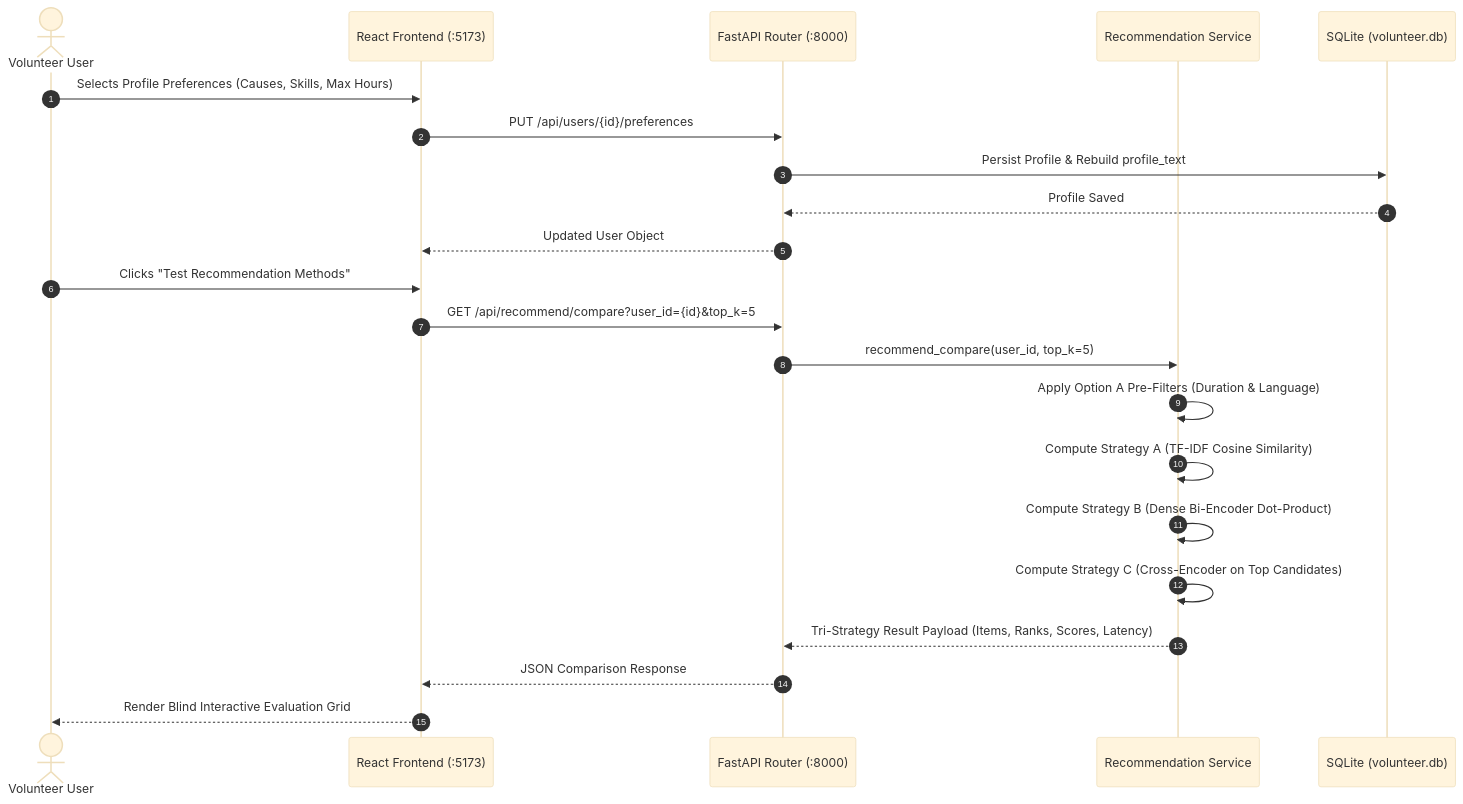
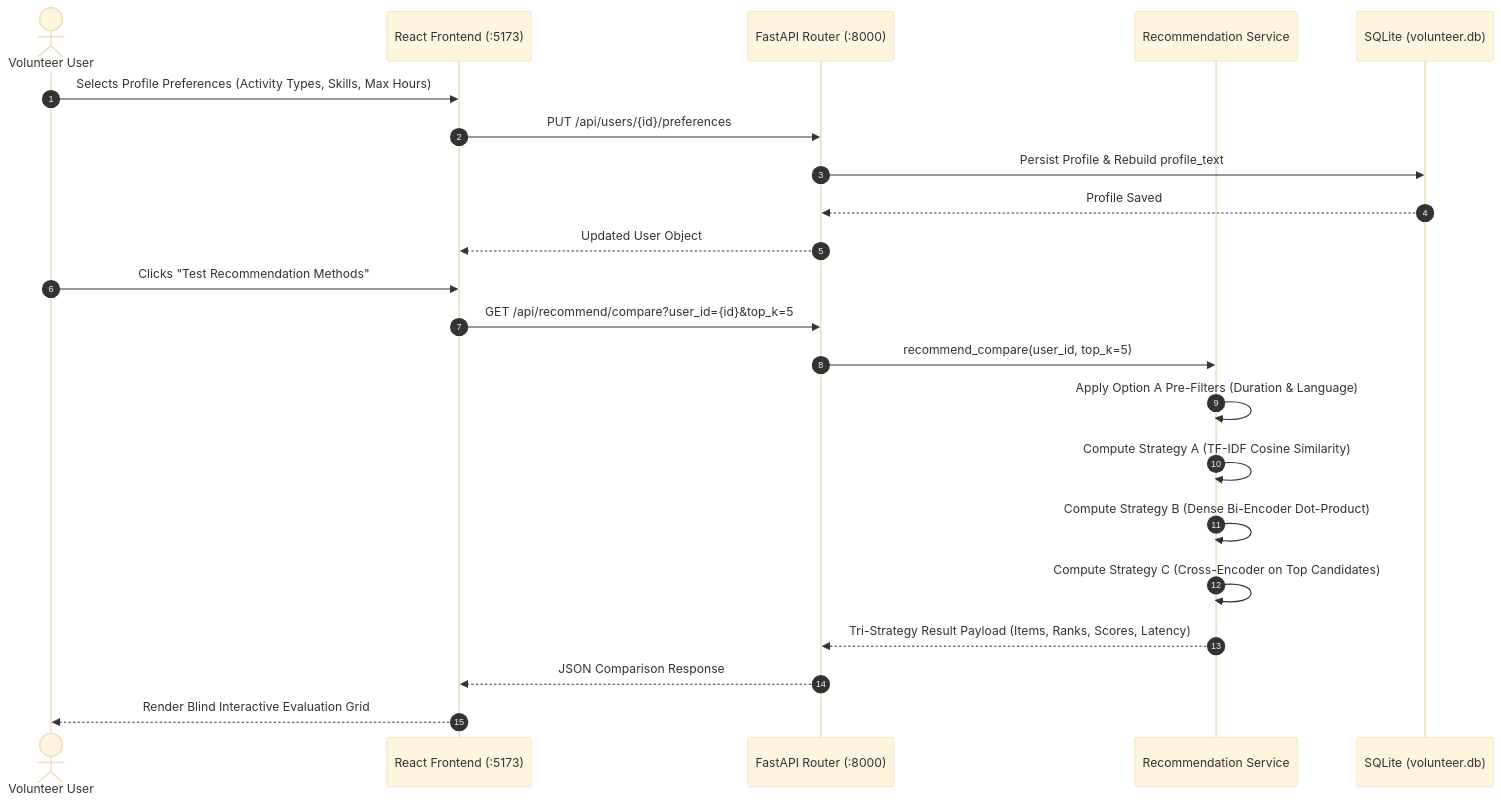
The second of 4 diagrams in CSIT5210_Group1_Final_Report.md (Bob8259/CSIT-5210-Group-Project), drawn with Mermaid (base theme) before and after one commit. The commit also changed other lines of this file, not shown here.

Commit message:
Standardize terminology from preferred causes to preferred activity types across final report

````diff
--- a/CSIT5210_Group1_Final_Report.md
+++ b/CSIT5210_Group1_Final_Report.md
@@ -136,26 +136,26 @@
 ```mermaid
 sequenceDiagram
     autonumber
     actor Volunteer as Volunteer User
     participant UI as React Frontend (:5173)
     participant API as FastAPI Router (:8000)
     participant RecSys as Recommendation Service
     participant DB as SQLite (volunteer.db)
 
-    Volunteer->>UI: Selects Profile Preferences (Causes, Skills, Max Hours)
+    Volunteer->>UI: Selects Profile Preferences (Activity Types, Skills, Max Hours)
     UI->>API: PUT /api/users/{id}/preferences
     API->>DB: Persist Profile & Rebuild profile_text
     DB-->>API: Profile Saved
     API-->>UI: Updated User Object
     
     Volunteer->>UI: Clicks "Test Recommendation Methods"
     UI->>API: GET /api/recommend/compare?user_id={id}&top_k=5
     API->>RecSys: recommend_compare(user_id, top_k=5)
     RecSys->>RecSys: Apply Option A Pre-Filters (Duration & Language)
     RecSys->>RecSys: Compute Strategy A (TF-IDF Cosine Similarity)
     RecSys->>RecSys: Compute Strategy B (Dense Bi-Encoder Dot-Product)
     RecSys->>RecSys: Compute Strategy C (Cross-Encoder on Top Candidates)
     RecSys-->>API: Tri-Strategy Result Payload (Items, Ranks, Scores, Latency)
     API-->>UI: JSON Comparison Response
     UI-->>Volunteer: Render Blind Interactive Evaluation Grid
 ```
````
